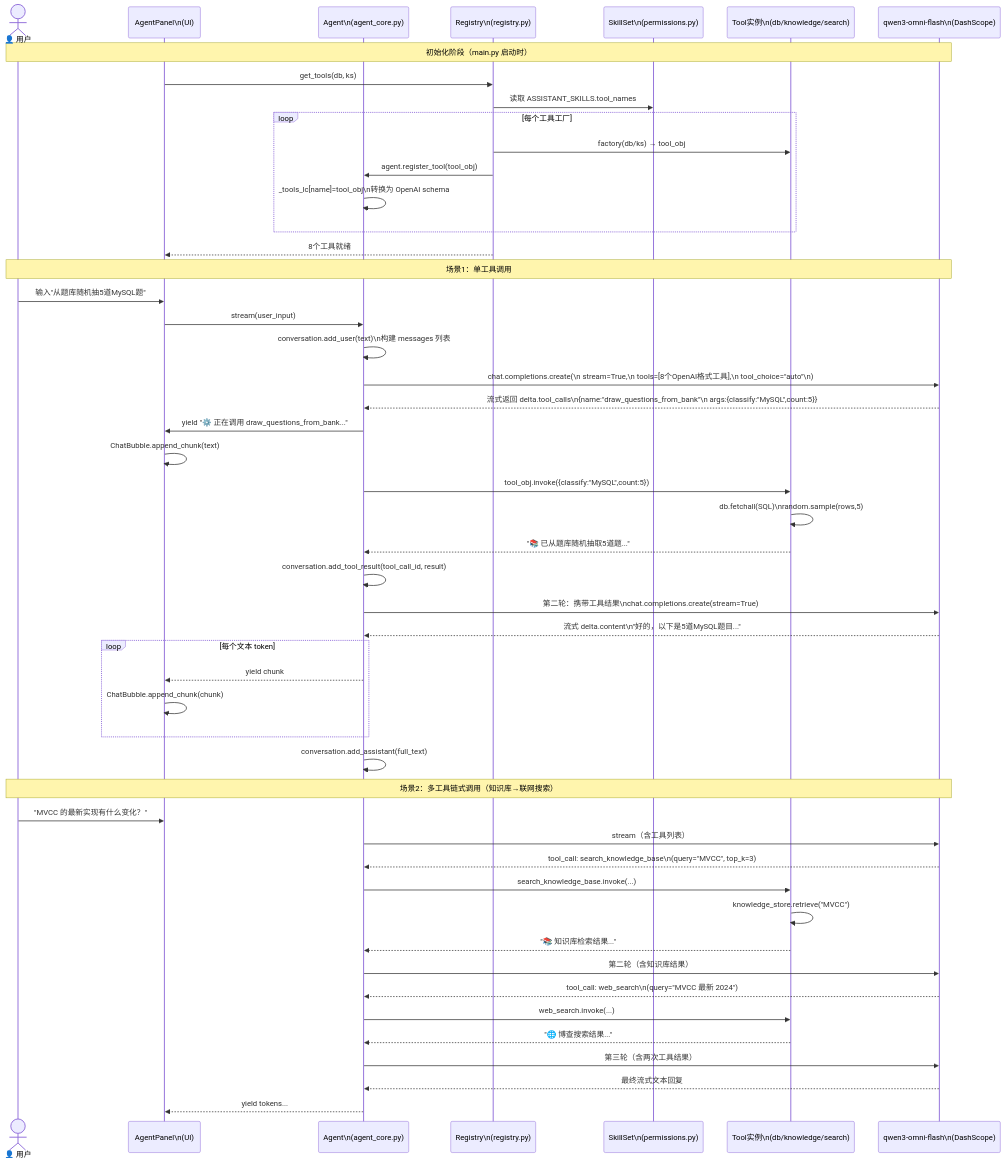
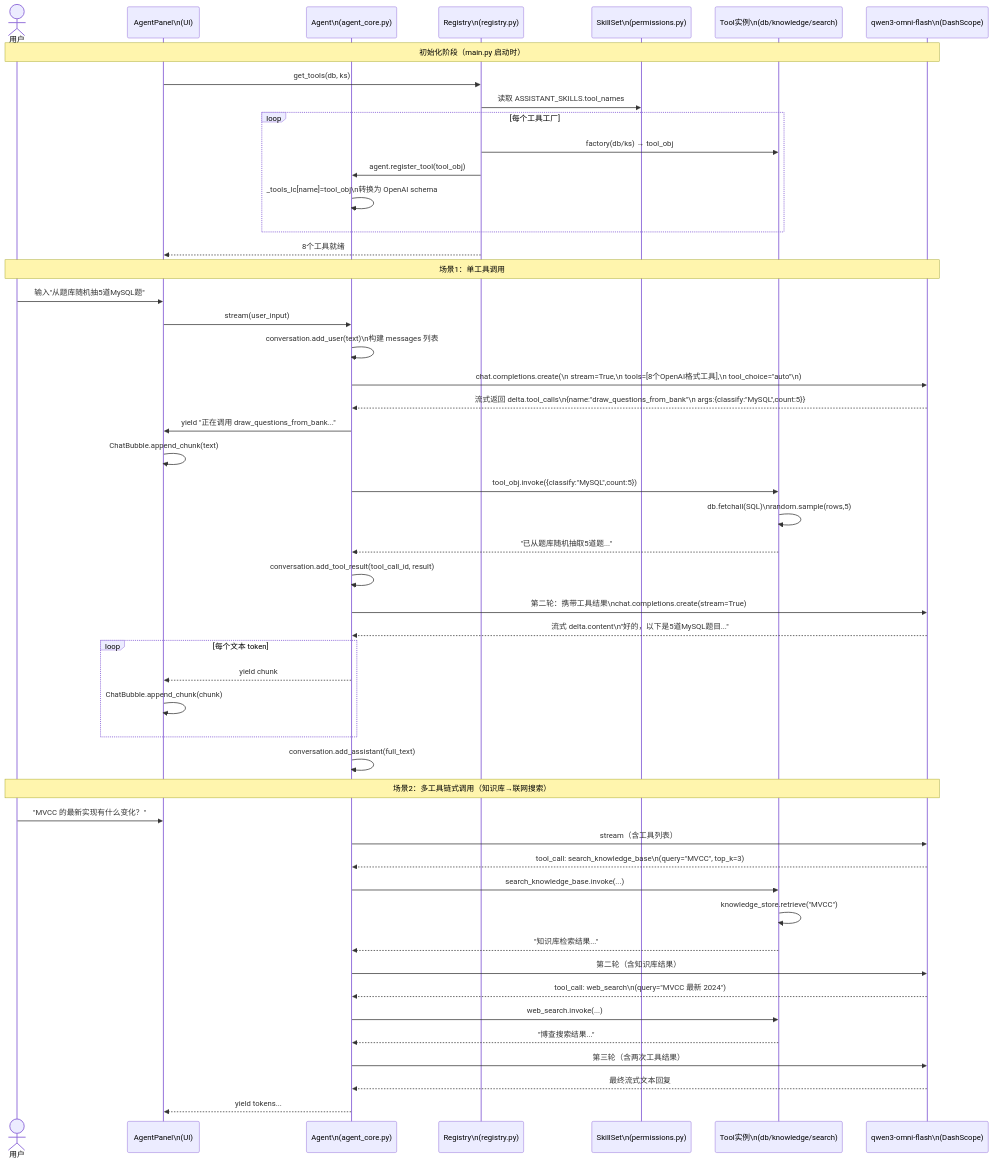
Before and after one commit to Aemiser/suka_intervieweer_hzr: the third of 5 diagrams in frame.md, drawn with Mermaid. The commit also changed other lines of this file, not shown here.

````diff
--- a/frame.md
+++ b/frame.md
@@ -227,65 +137,65 @@
 ```mermaid
 sequenceDiagram
-    actor User as 👤 用户
+    actor User as 用户
     participant AP as AgentPanel\n(UI)
     participant AG as Agent\n(agent_core.py)
     participant REG as Registry\n(registry.py)
     participant PERM as SkillSet\n(permissions.py)
     participant TOOL as Tool实例\n(db/knowledge/search)
     participant LLM as qwen3-omni-flash\n(DashScope)
 
     Note over User,LLM: 初始化阶段（main.py 启动时）
     AP->>REG: get_tools(db, ks)
     REG->>PERM: 读取 ASSISTANT_SKILLS.tool_names
     loop 每个工具工厂
         REG->>TOOL: factory(db/ks) → tool_obj
         REG->>AG: agent.register_tool(tool_obj)
         AG->>AG: _tools_lc[name]=tool_obj\n转换为 OpenAI schema
     end
     REG-->>AP: 8个工具就绪
 
     Note over User,LLM: 场景1：单工具调用
     User->>AP: 输入"从题库随机抽5道MySQL题"
     AP->>AG: stream(user_input)
     AG->>AG: conversation.add_user(text)\n构建 messages 列表
 
     AG->>LLM: chat.completions.create(\n  stream=True,\n  tools=[8个OpenAI格式工具],\n  tool_choice="auto"\n)
     LLM-->>AG: 流式返回 delta.tool_calls\n{name:"draw_questions_from_bank"\n args:{classify:"MySQL",count:5}}
 
-    AG->>AP: yield "⚙️ 正在调用 draw_questions_from_bank..."
+    AG->>AP: yield "正在调用 draw_questions_from_bank..."
     AP->>AP: ChatBubble.append_chunk(text)
 
     AG->>TOOL: tool_obj.invoke({classify:"MySQL",count:5})
     TOOL->>TOOL: db.fetchall(SQL)\nrandom.sample(rows,5)
-    TOOL-->>AG: "📚 已从题库随机抽取5道题..."
+    TOOL-->>AG: "已从题库随机抽取5道题..."
 
     AG->>AG: conversation.add_tool_result(tool_call_id, result)
 
     AG->>LLM: 第二轮：携带工具结果\nchat.completions.create(stream=True)
     LLM-->>AG: 流式 delta.content\n"好的，以下是5道MySQL题目..."
 
     loop 每个文本 token
         AG-->>AP: yield chunk
         AP->>AP: ChatBubble.append_chunk(chunk)
     end
 
     AG->>AG: conversation.add_assistant(full_text)
 
     Note over User,LLM: 场景2：多工具链式调用（知识库→联网搜索）
     User->>AP: "MVCC 的最新实现有什么变化？"
     AG->>LLM: stream（含工具列表）
 
     LLM-->>AG: tool_call: search_knowledge_base\n(query="MVCC", top_k=3)
     AG->>TOOL: search_knowledge_base.invoke(...)
     TOOL->>TOOL: knowledge_store.retrieve("MVCC")
-    TOOL-->>AG: "📚 知识库检索结果..."
+    TOOL-->>AG: "知识库检索结果..."
 
     AG->>LLM: 第二轮（含知识库结果）
     LLM-->>AG: tool_call: web_search\n(query="MVCC 最新 2024")
     AG->>TOOL: web_search.invoke(...)
-    TOOL-->>AG: "🌐 博查搜索结果..."
+    TOOL-->>AG: "博查搜索结果..."
 
     AG->>LLM: 第三轮（含两次工具结果）
     LLM-->>AG: 最终流式文本回复
     AG-->>AP: yield tokens...
 ```
````
